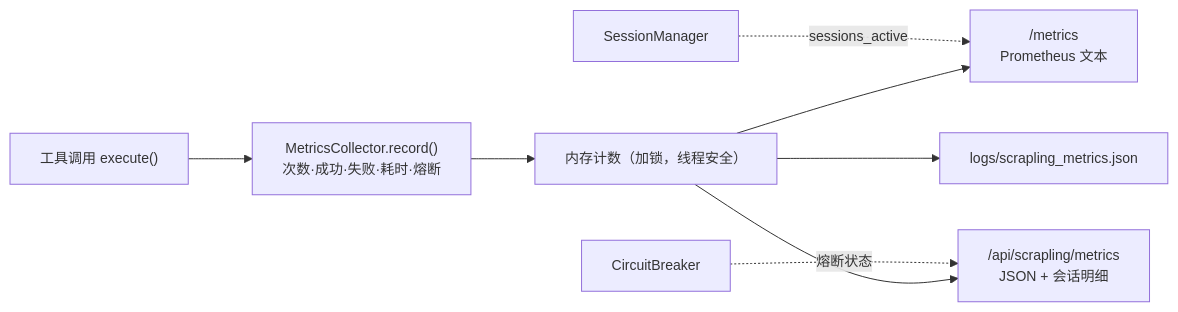
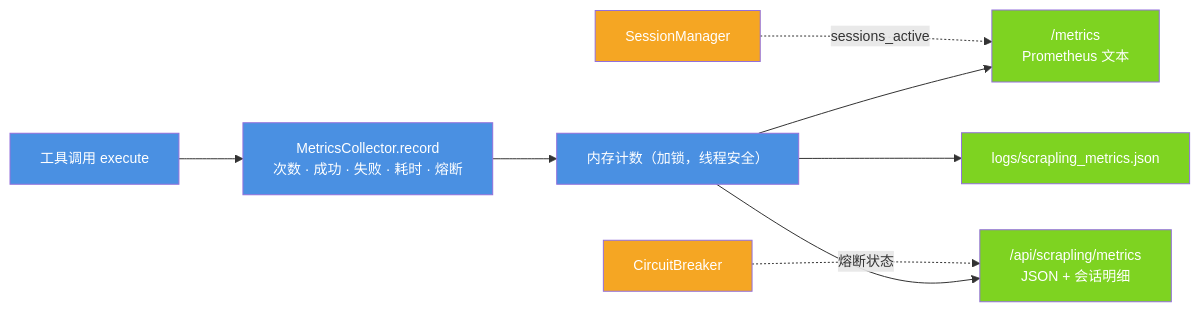
The fifth of 5 diagrams in docs/scrapling.md (jiangchuangege/xiaojiao-harnees), drawn with Mermaid before and after one commit. The commit also changed other lines of this file and 51 other files, not shown here.

````diff
--- a/docs/scrapling.md
+++ b/docs/scrapling.md
@@ -421,11 +585,19 @@
 ```mermaid
 %%{init: {"themeVariables": {"fontSize": "14px"}, "flowchart": {"htmlLabels": true, "wrappingWidth": 320, "nodeSpacing": 46, "rankSpacing": 64, "useMaxWidth": true}}}%%
 flowchart LR
-    T["工具调用 execute()"] --> R["MetricsCollector.record()<br/>次数·成功·失败·耗时·熔断"]
+    T["工具调用 execute"] --> R["MetricsCollector.record<br/>次数 · 成功 · 失败 · 耗时 · 熔断"]
     R --> M["内存计数（加锁，线程安全）"]
     M --> P["/metrics<br/>Prometheus 文本"]
     M --> J["/api/scrapling/metrics<br/>JSON + 会话明细"]
     M --> F["logs/scrapling_metrics.json"]
     S["SessionManager"] -.->|"sessions_active"| P
     B["CircuitBreaker"] -.->|"熔断状态"| J
+    style T fill:#4A90E2,color:#fff
+    style R fill:#4A90E2,color:#fff
+    style M fill:#4A90E2,color:#fff
+    style P fill:#7ED321,color:#fff
+    style J fill:#7ED321,color:#fff
+    style F fill:#7ED321,color:#fff
+    style S fill:#F5A623,color:#fff
+    style B fill:#F5A623,color:#fff
 ```
````
